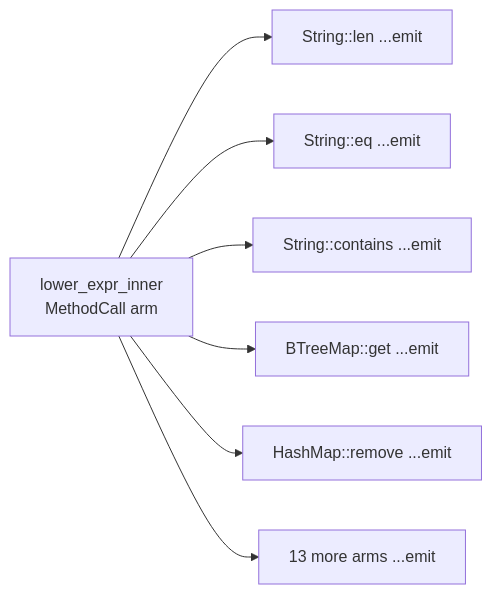
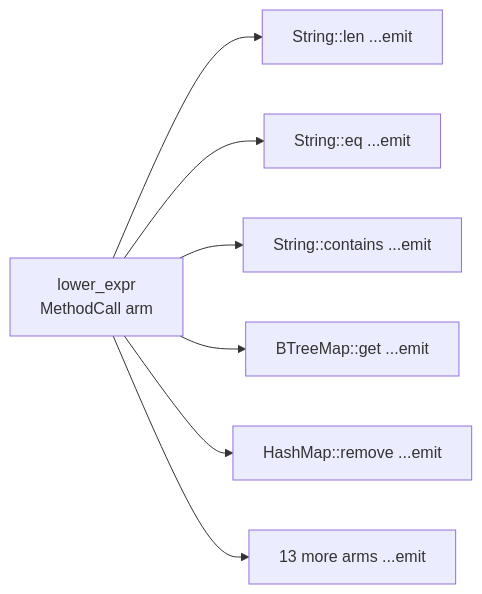
Before and after one commit to vow-lang/vow: the first of 12 diagrams in .architecture/reviews/2026-09-18-builtin-method-spec.md, drawn with Mermaid. The commit also changed other lines of this file and 1 other file, not shown here.

First line of the commit message:
docs(architecture): record four builtin-method-spec designs and adjudication

````diff
--- a/.architecture/reviews/2026-09-18-builtin-method-spec.md
+++ b/.architecture/reviews/2026-09-18-builtin-method-spec.md
@@ -108,9 +108,9 @@
 ```mermaid
 graph LR
-  D[lower_expr_inner<br/>MethodCall arm] --> A1[String::len ...emit]
+  D[lower_expr<br/>MethodCall arm] --> A1[String::len ...emit]
   D --> A2[String::eq ...emit]
   D --> A3[String::contains ...emit]
   D --> A4[BTreeMap::get ...emit]
   D --> A5[HashMap::remove ...emit]
   D --> A6[13 more arms ...emit]
 ```
````
